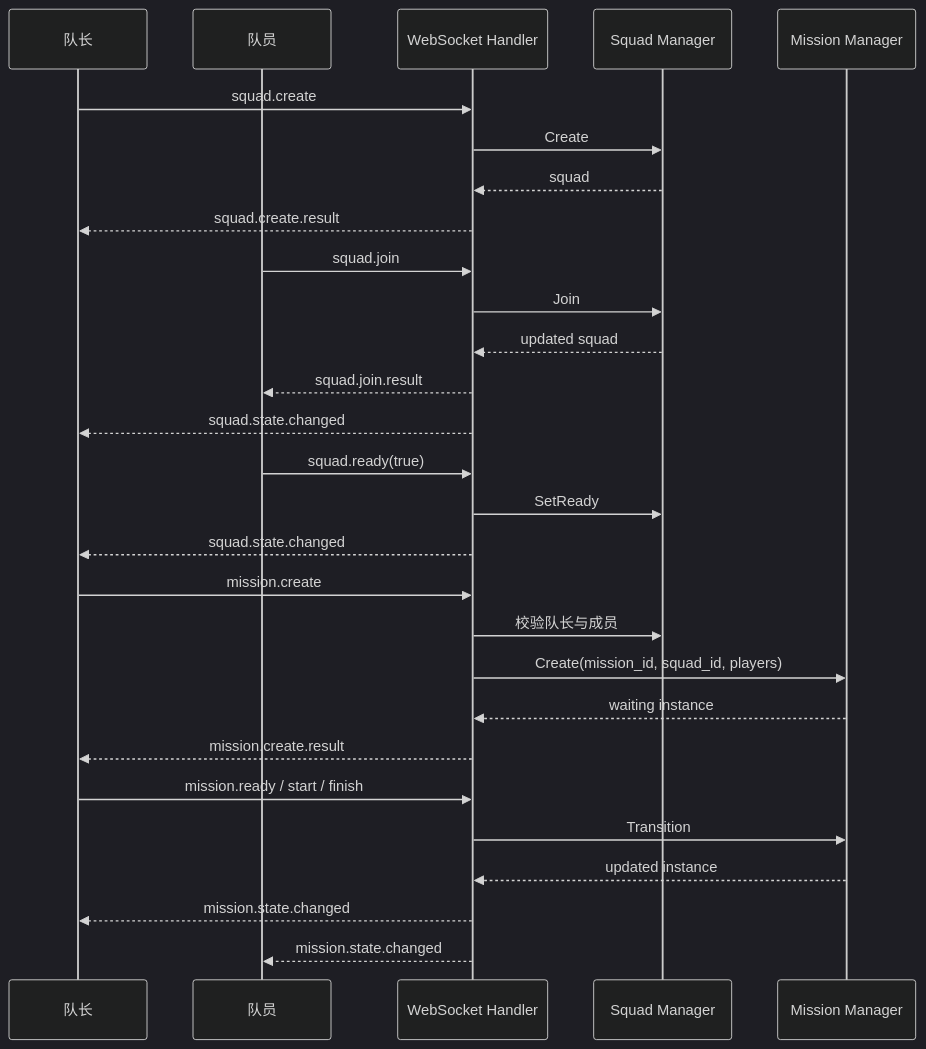
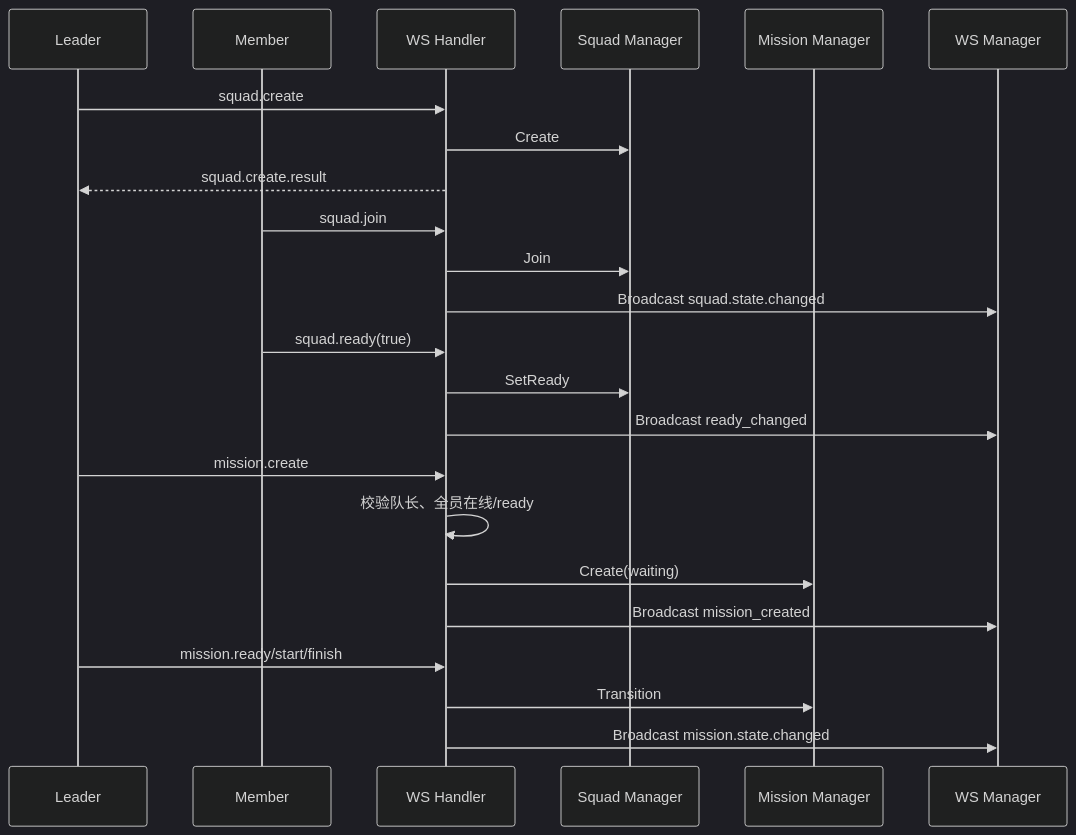
The third of 6 diagrams in docs/data-flow.md (lki-H/game-realtime-gm), drawn with Mermaid (dark theme) before and after one commit. The commit also changed other lines of this file and 22 other files, not shown here.

````diff
--- a/docs/data-flow.md
+++ b/docs/data-flow.md
@@ -88,35 +62,26 @@
 ```mermaid
 sequenceDiagram
-    participant Leader as 队长
-    participant Member as 队员
-    participant WS as WebSocket Handler
-    participant Squad as Squad Manager
-    participant Mission as Mission Manager
+    participant L as Leader
+    participant M as Member
+    participant H as WS Handler
+    participant S as Squad Manager
+    participant Q as Mission Manager
+    participant W as WS Manager
 
-    Leader->>WS: squad.create
-    WS->>Squad: Create
-    Squad-->>WS: squad
-    WS-->>Leader: squad.create.result
-
-    Member->>WS: squad.join
-    WS->>Squad: Join
-    Squad-->>WS: updated squad
-    WS-->>Member: squad.join.result
-    WS-->>Leader: squad.state.changed
-
-    Member->>WS: squad.ready(true)
-    WS->>Squad: SetReady
-    WS-->>Leader: squad.state.changed
-
-    Leader->>WS: mission.create
-    WS->>Squad: 校验队长与成员
-    WS->>Mission: Create(mission_id, squad_id, players)
-    Mission-->>WS: waiting instance
-    WS-->>Leader: mission.create.result
-
-    Leader->>WS: mission.ready / start / finish
-    WS->>Mission: Transition
-    Mission-->>WS: updated instance
-    WS-->>Leader: mission.state.changed
-    WS-->>Member: mission.state.changed
+    L->>H: squad.create
+    H->>S: Create
+    H-->>L: squad.create.result
+    M->>H: squad.join
+    H->>S: Join
+    H->>W: Broadcast squad.state.changed
+    M->>H: squad.ready(true)
+    H->>S: SetReady
+    H->>W: Broadcast ready_changed
+    L->>H: mission.create
+    H->>H: 校验队长、全员在线/ready
+    H->>Q: Create(waiting)
+    H->>W: Broadcast mission_created
+    L->>H: mission.ready/start/finish
+    H->>Q: Transition
+    H->>W: Broadcast mission.state.changed
 ```
````
